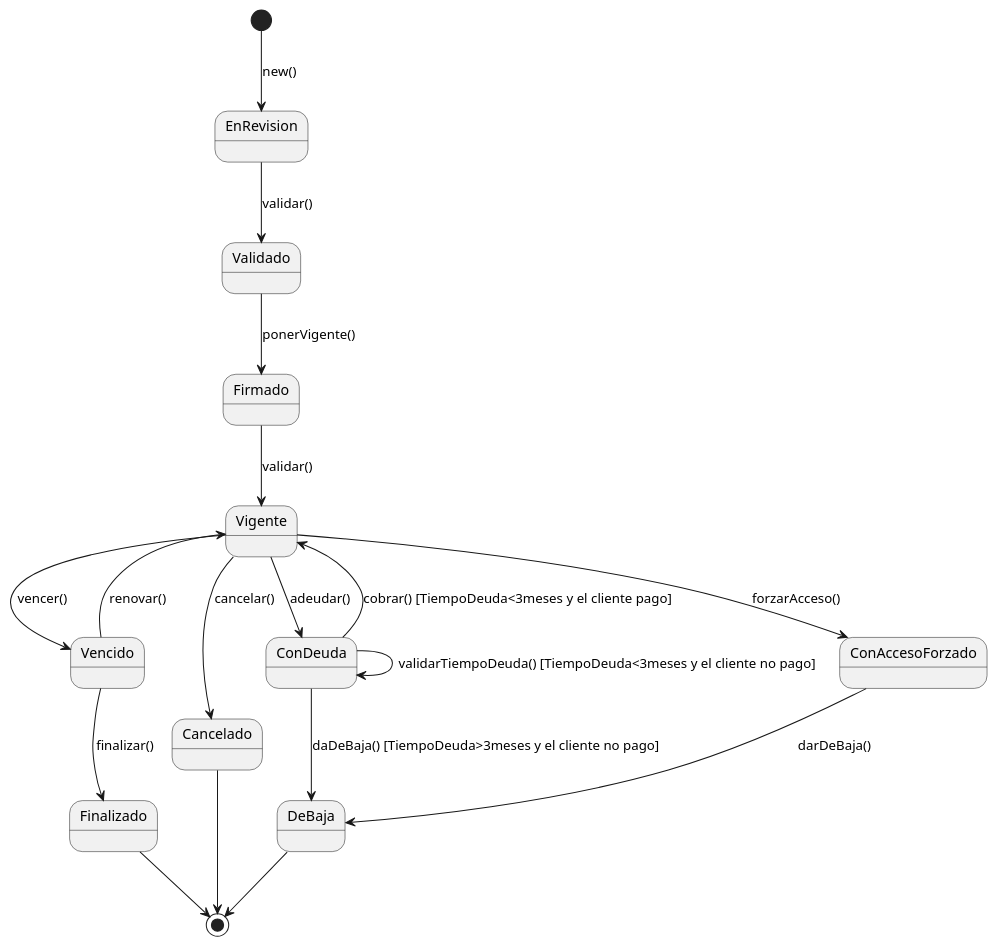
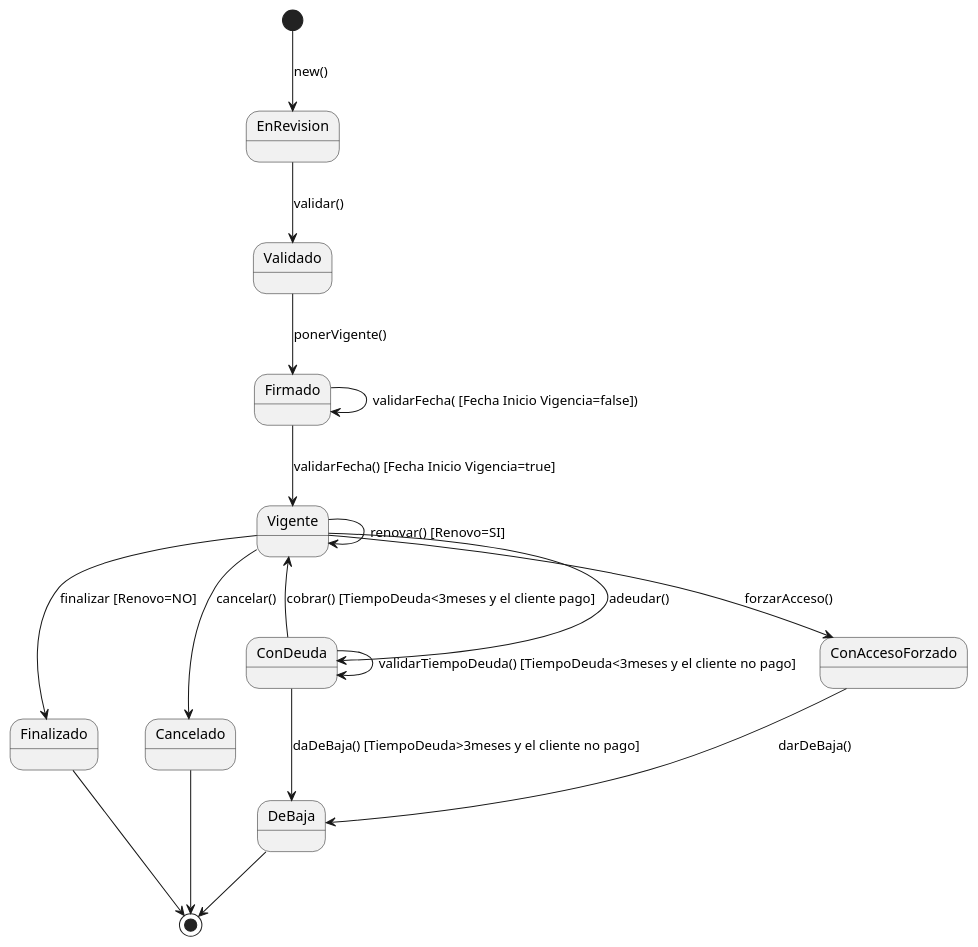
Before and after one commit to IgnacioSala20/Diagramas: the diagram in PreParciales/Parcial/Estados/Contrato.puml, drawn with PlantUML. The commit also changed 5 other files, not shown here.

```diff
--- a/PreParciales/Parcial/Estados/Contrato.puml
+++ b/PreParciales/Parcial/Estados/Contrato.puml
@@ -1,34 +1,33 @@
 @startuml contrato
 
 [*] --> EnRevision : new()
 
 EnRevision --> Validado : validar()
 Validado --> Firmado : ponerVigente()
+Firmado --> Firmado : validarFecha( [Fecha Inicio Vigencia=false])
+Firmado --> Vigente : validarFecha() [Fecha Inicio Vigencia=true]
+Vigente --> Finalizado : finalizar [Renovo=NO]
 
-Firmado --> Vigente : validar()
 
-Vigente --> Vencido : vencer()
-
-Vencido --> Vigente : renovar()
-Vencido --> Finalizado : finalizar()
+Vigente --> Vigente : renovar() [Renovo=SI]
 
 Vigente --> ConDeuda : adeudar()
 
 ConDeuda --> Vigente : cobrar() [TiempoDeuda<3meses y el cliente pago]
 
 ConDeuda --> ConDeuda : validarTiempoDeuda() [TiempoDeuda<3meses y el cliente no pago]
 
 ConDeuda --> DeBaja : daDeBaja() [TiempoDeuda>3meses y el cliente no pago]
 
 Vigente --> Cancelado : cancelar()
 
 Vigente --> ConAccesoForzado : forzarAcceso()
 
 ConAccesoForzado --> DeBaja : darDeBaja()
 
 DeBaja --> [*]
 Finalizado --> [*]
 Cancelado -->[*]
 
 
 @enduml
```
